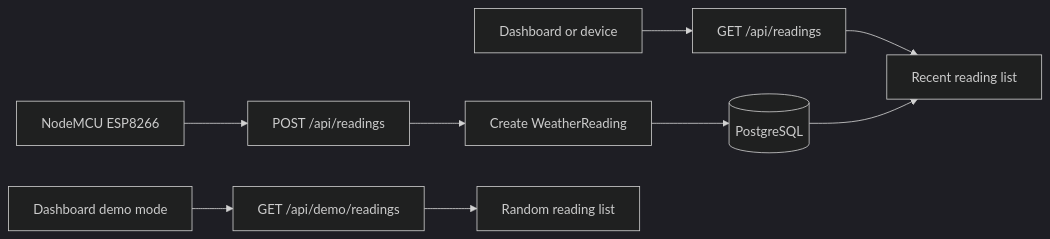
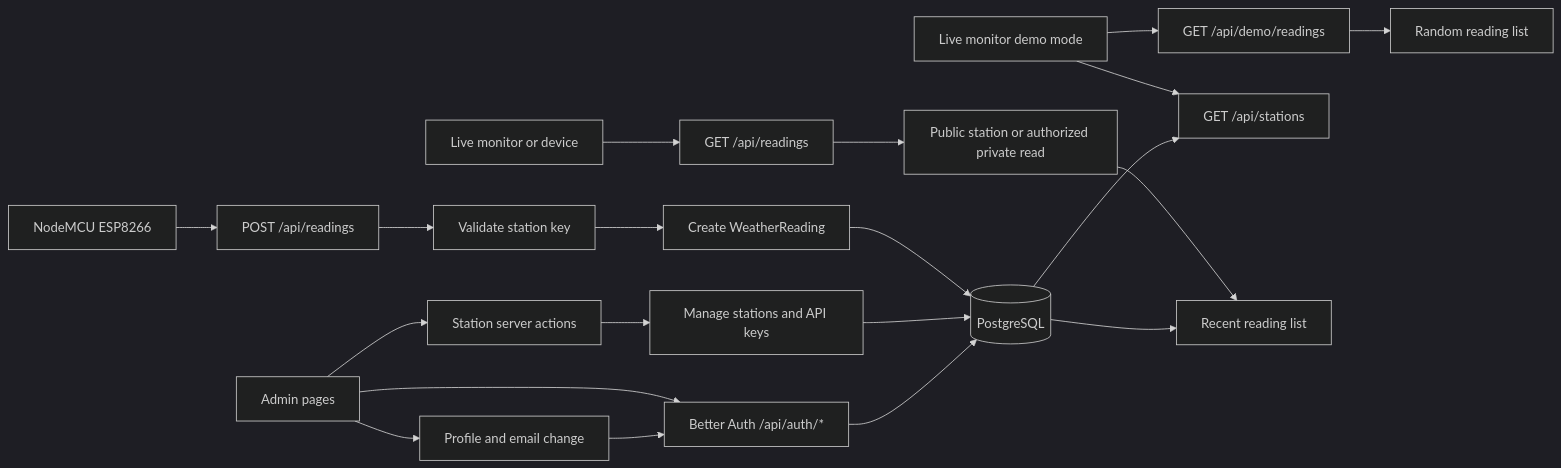
One commit to Sivothajan/weather-man2 changed the fourth of 6 diagrams in docs/diagrams.md. Above: the diagram before and after it, drawn with Mermaid (dark theme). The commit also changed other lines of this file and 11 other files, not shown here.

````diff
--- a/docs/diagrams.md
+++ b/docs/diagrams.md
@@ -58,13 +66,24 @@
 ```mermaid
 flowchart LR
-  Client[Dashboard or device] --> GetReadings[GET /api/readings]
+  Client[Live monitor or device] --> GetReadings[GET /api/readings]
   Device[NodeMCU ESP8266] --> PostReadings[POST /api/readings]
-  Dashboard[Dashboard demo mode] --> DemoReadings[GET /api/demo/readings]
+  Monitor[Live monitor demo mode] --> DemoReadings[GET /api/demo/readings]
+  Monitor --> Stations[GET /api/stations]
+  Admin[Admin pages] --> AuthRoutes[Better Auth /api/auth/*]
+  Admin --> AccountPage[Profile and email change]
+  Admin --> StationActions[Station server actions]
 
-  GetReadings --> Recent[Recent reading list]
-  PostReadings --> Create[Create WeatherReading]
+  GetReadings --> Visibility[Public station or authorized private read]
+  Visibility --> Recent[Recent reading list]
+  PostReadings --> Credentials[Validate station key]
+  Credentials --> Create[Create WeatherReading]
   DemoReadings --> Random[Random reading list]
+  StationActions --> StationKeys[Manage stations and API keys]
+  AccountPage --> AuthRoutes
 
   Create --> Database[(PostgreSQL)]
+  StationKeys --> Database
+  AuthRoutes --> Database
   Database --> Recent
+  Database --> Stations
 ```
````
